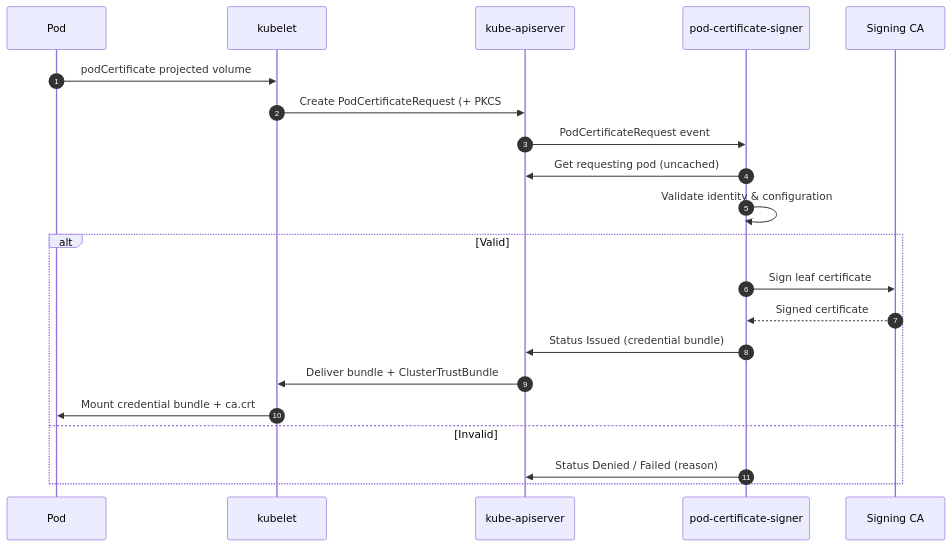
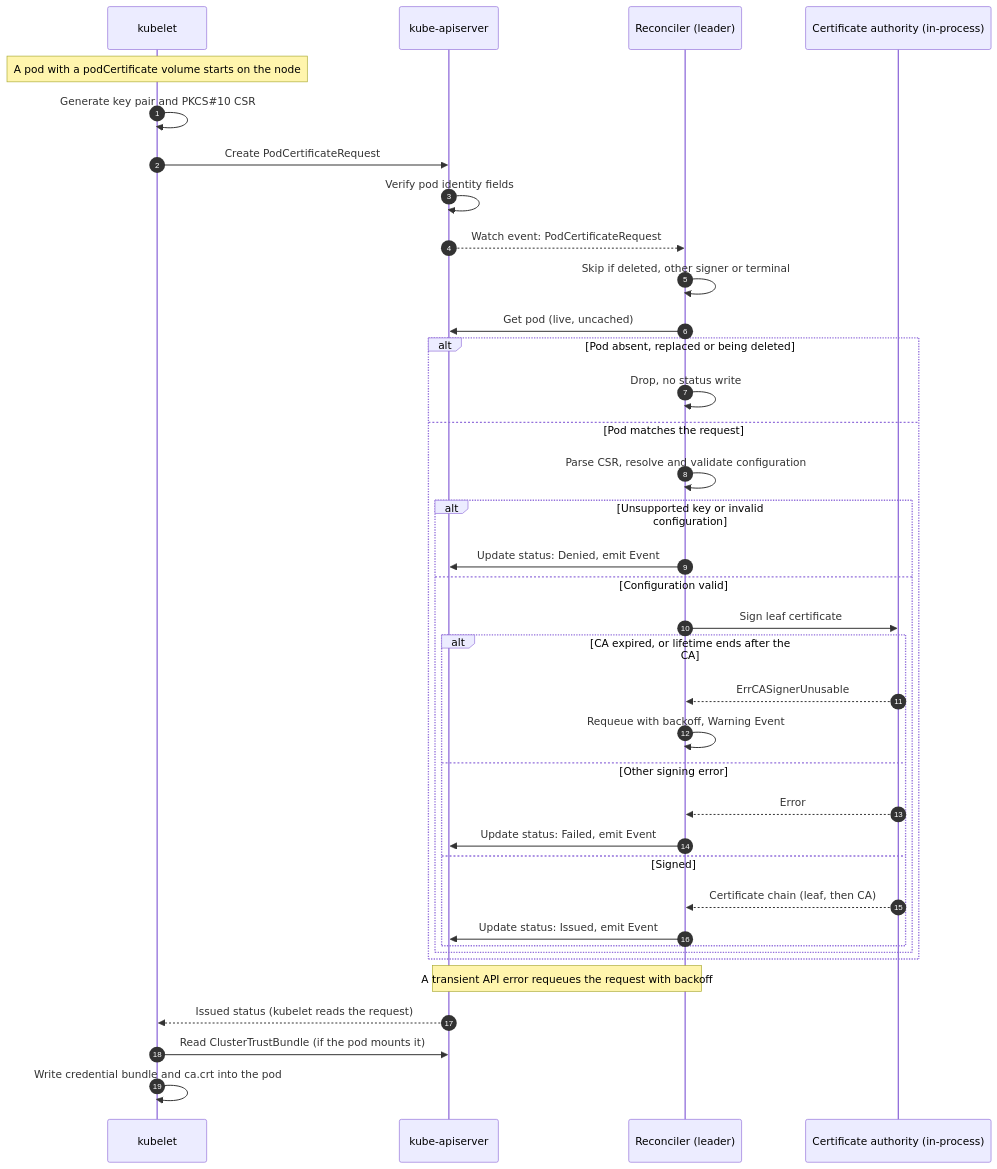
Before and after one commit to RafPe/pod-certificate-signer: the first of 4 diagrams in docs/architecture.md, drawn with Mermaid. The commit also changed other lines of this file and 36 other files, not shown here.

First line of the commit message:
docs: check every page against the code, correct the diagrams and write in plain English (#191)

````diff
--- a/docs/architecture.md
+++ b/docs/architecture.md
@@ -38,24 +55,40 @@
 ```mermaid
 sequenceDiagram
     autonumber
-    participant Pod
     participant Kubelet as kubelet
     participant API as kube-apiserver
-    participant Ctrl as pod-certificate-signer
-    participant CA as Signing CA
+    participant Rec as Reconciler (leader)
+    participant CA as Certificate authority (in-process)
 
-    Pod->>Kubelet: podCertificate projected volume
-    Kubelet->>API: Create PodCertificateRequest (+ PKCS#10 CSR)
-    API->>Ctrl: PodCertificateRequest event
-    Ctrl->>API: Get requesting pod (uncached)
-    Ctrl->>Ctrl: Validate identity & configuration
-    alt Valid
-        Ctrl->>CA: Sign leaf certificate
-        CA-->>Ctrl: Signed certificate
-        Ctrl->>API: Status Issued (credential bundle)
-        API->>Kubelet: Deliver bundle + ClusterTrustBundle
-        Kubelet->>Pod: Mount credential bundle + ca.crt
-    else Invalid
-        Ctrl->>API: Status Denied / Failed (reason)
+    Note over Kubelet: A pod with a podCertificate volume starts on the node
+    Kubelet->>Kubelet: Generate key pair and PKCS#35;10 CSR
+    Kubelet->>API: Create PodCertificateRequest
+    API->>API: Verify pod identity fields
+    API-->>Rec: Watch event: PodCertificateRequest
+    Rec->>Rec: Skip if deleted, other signer or terminal
+    Rec->>API: Get pod (live, uncached)
+    alt Pod absent, replaced or being deleted
+        Rec->>Rec: Drop, no status write
+    else Pod matches the request
+        Rec->>Rec: Parse CSR, resolve and validate configuration
+        alt Unsupported key or invalid configuration
+            Rec->>API: Update status: Denied, emit Event
+        else Configuration valid
+            Rec->>CA: Sign leaf certificate
+            alt CA expired, or lifetime ends after the CA
+                CA-->>Rec: ErrCASignerUnusable
+                Rec->>Rec: Requeue with backoff, Warning Event
+            else Other signing error
+                CA-->>Rec: Error
+                Rec->>API: Update status: Failed, emit Event
+            else Signed
+                CA-->>Rec: Certificate chain (leaf, then CA)
+                Rec->>API: Update status: Issued, emit Event
+            end
+        end
     end
+    Note over API,Rec: A transient API error requeues the request with backoff
+    API-->>Kubelet: Issued status (kubelet reads the request)
+    Kubelet->>API: Read ClusterTrustBundle (if the pod mounts it)
+    Kubelet->>Kubelet: Write credential bundle and ca.crt into the pod
 ```
````
